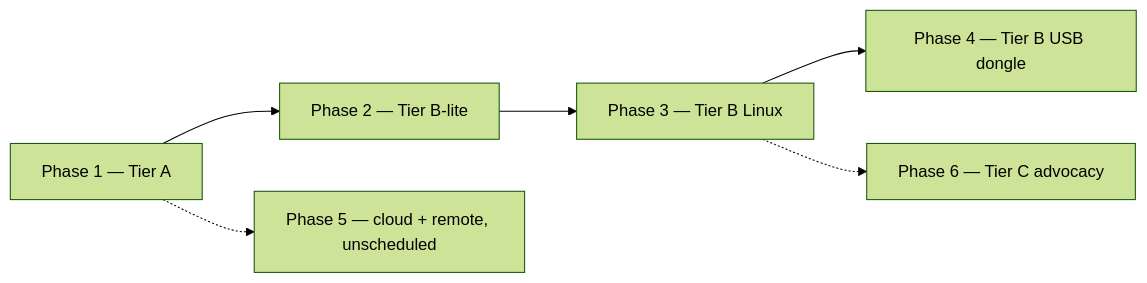
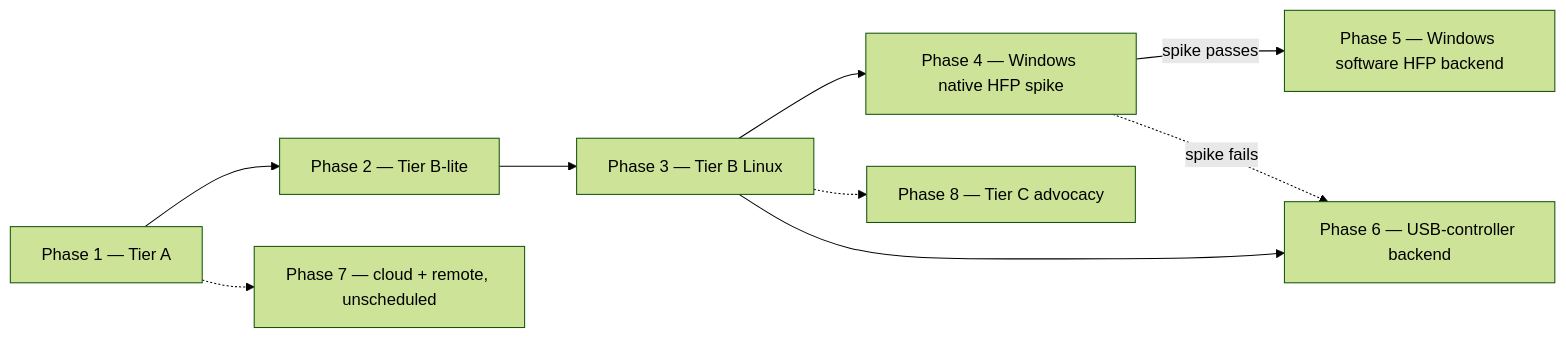
Before and after one commit to balrajsingh165/Tandem: the second of 2 diagrams in docs/16-roadmap.md, drawn with Mermaid (forest theme). The commit also changed other lines of this file and 7 other files, not shown here.

Commit message:
docs: integrate windows audio track and restore linux and dongle phases

````diff
--- a/docs/16-roadmap.md
+++ b/docs/16-roadmap.md
@@ -41,8 +43,11 @@
 ```mermaid
 flowchart LR
     P1["Phase 1 — Tier A"] --> P2["Phase 2 — Tier B-lite"]
     P2 --> P3["Phase 3 — Tier B Linux"]
-    P3 --> P4["Phase 4 — Tier B USB dongle"]
-    P1 -.-> P5["Phase 5 — cloud + remote, unscheduled"]
-    P3 -.-> P6["Phase 6 — Tier C advocacy"]
+    P3 --> P4["Phase 4 — Windows native HFP spike"]
+    P4 -->|"spike passes"| P5["Phase 5 — Windows software HFP backend"]
+    P4 -.->|"spike fails"| P6["Phase 6 — USB-controller backend"]
+    P3 --> P6
+    P1 -.-> P7["Phase 7 — cloud + remote, unscheduled"]
+    P3 -.-> P8["Phase 8 — Tier C advocacy"]
 ```
````
